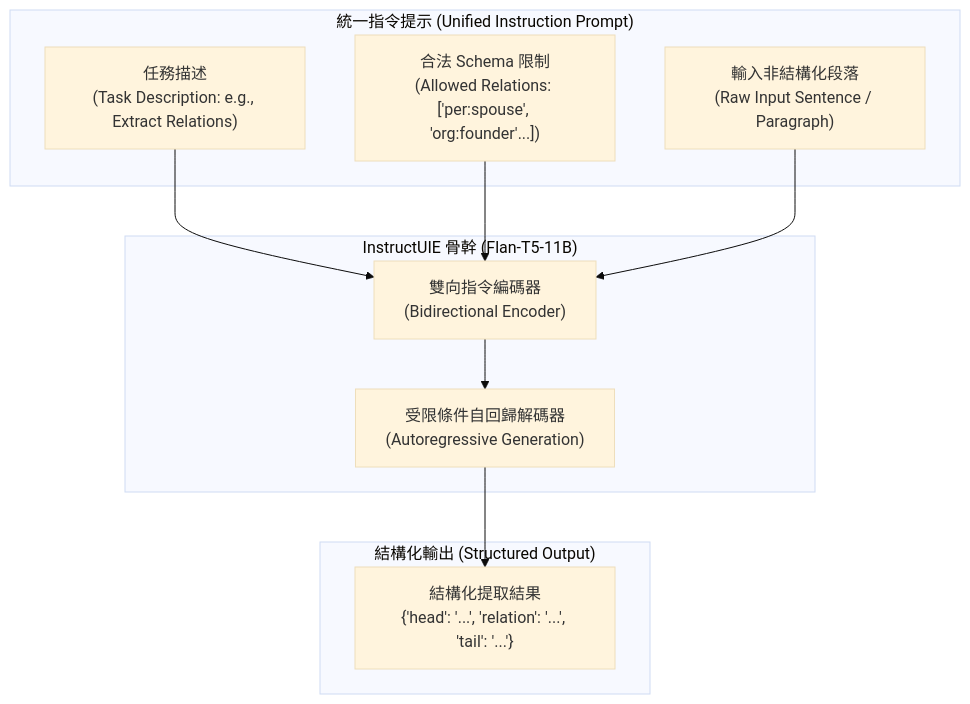
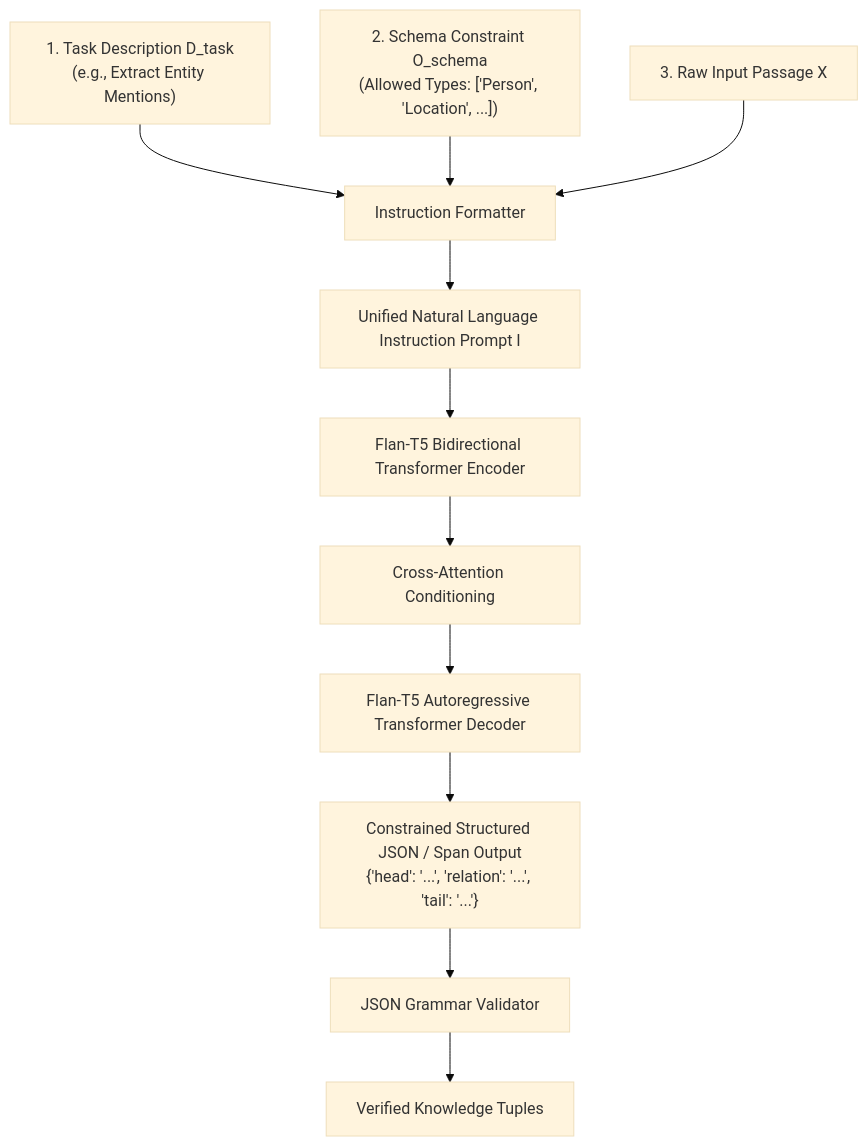
One commit to Cycl0n3-ga/RAG-survey changed the diagram in 03 - 論文庫 (Literature Notes)/04 - Knowledge & Graph RAG/(arXiv 2023-04) InstructUIE - Multi-task Instruction Tuning for Unified Information Extraction.md. Above: the diagram before and after it, drawn with Mermaid (base theme). The commit also changed other lines of this file and 12 other files, not shown here.

````diff
--- a/03 - 論文庫 (Literature Notes)/04 - Knowledge & Graph RAG/(arXiv 2023-04) InstructUIE - Multi-task Instruction Tuning for Unified Information Extraction.md
+++ b/03 - 論文庫 (Literature Notes)/04 - Knowledge & Graph RAG/(arXiv 2023-04) InstructUIE - Multi-task Instruction Tuning for Unified Information Extraction.md
@@ -87,23 +127,15 @@
 ```mermaid
 flowchart TD
-    subgraph input_spec["統一指令提示 (Unified Instruction Prompt)"]
-        TASK["任務描述<br/>(Task Description: e.g., Extract Relations)"]
-        SCHEMA["合法 Schema 限制<br/>(Allowed Relations: ['per:spouse', 'org:founder'...])"]
-        TEXT["輸入非結構化段落<br/>(Raw Input Sentence / Paragraph)"]
-    end
-
-    subgraph model["InstructUIE 骨幹 (Flan-T5-11B)"]
-        ENC["雙向指令編碼器<br/>(Bidirectional Encoder)"]
-        DEC["受限條件自回歸解碼器<br/>(Autoregressive Generation)"]
-    end
-
-    subgraph output_repr["結構化輸出 (Structured Output)"]
-        JSON_OUT["結構化提取結果<br/>{'head': '...', 'relation': '...', 'tail': '...'}"]
-    end
-
-    TASK --> ENC
-    SCHEMA --> ENC
-    TEXT --> ENC
-    ENC --> DEC
-    DEC --> JSON_OUT
+    TaskDesc["1. Task Description D_task<br/>(e.g., Extract Entity Mentions)"] --> PromptAssembly["Instruction Formatter"]
+    SchemaList["2. Schema Constraint O_schema<br/>(Allowed Types: ['Person', 'Location', ...])"] --> PromptAssembly
+    RawDoc["3. Raw Input Passage X"] --> PromptAssembly
+    
+    PromptAssembly --> UnifiedPrompt["Unified Natural Language Instruction Prompt I"]
+    UnifiedPrompt --> FlanT5_Enc["Flan-T5 Bidirectional Transformer Encoder"]
+    FlanT5_Enc --> CrossAttn["Cross-Attention Conditioning"]
+    CrossAttn --> FlanT5_Dec["Flan-T5 Autoregressive Transformer Decoder"]
+    
+    FlanT5_Dec --> JsonOutput["Constrained Structured JSON / Span Output<br/>{'head': '...', 'relation': '...', 'tail': '...'}"]
+    JsonOutput --> Parser["JSON Grammar Validator"]
+    Parser --> ValidKG["Verified Knowledge Tuples"]
 ```
````
